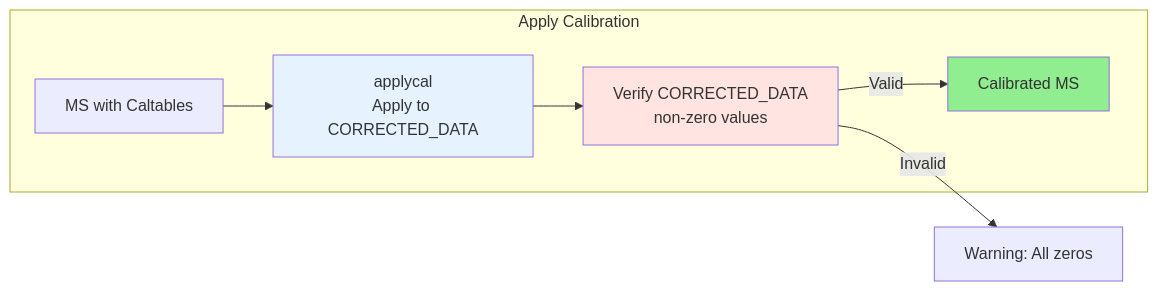
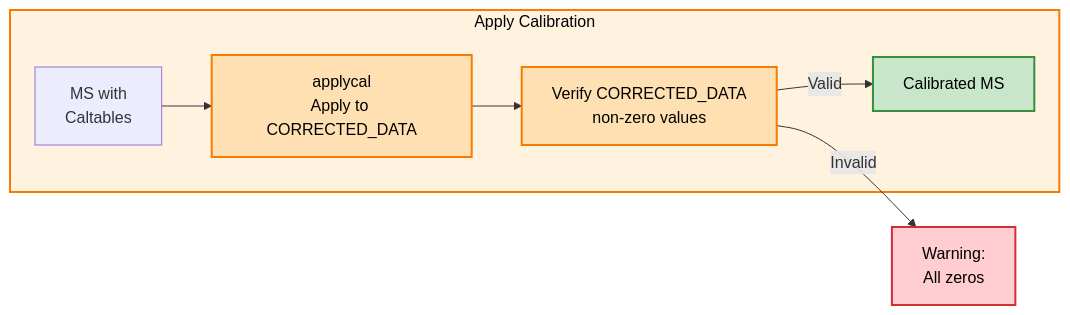
One commit to dsa110/dsa110-contimg changed the fifth of 12 diagrams in docs/concepts/pipeline_workflow_visualization.md. Above: the diagram before and after it, drawn with Mermaid. The commit also changed other lines of this file and 423 other files, not shown here.

````diff
--- a/docs/concepts/pipeline_workflow_visualization.md
+++ b/docs/concepts/pipeline_workflow_visualization.md
@@ -339,18 +321,20 @@
 ```mermaid
 flowchart LR
-    subgraph APPLY_DETAIL["Apply Calibration"]
-        MSIn[MS with Caltables]
-        Apply[applycal<br/>Apply to CORRECTED_DATA]
-        Verify[Verify CORRECTED_DATA<br/>non-zero values]
-        MSOut[Calibrated MS]
-    end
-    
-    MSIn --> Apply
-    Apply --> Verify
-    Verify -->|Valid| MSOut
-    Verify -->|Invalid| Warn[Warning: All zeros]
-    
-    style Apply fill:#E6F3FF
-    style Verify fill:#FFE4E1
-    style MSOut fill:#90EE90
+ subgraph APPLY_DETAIL["Apply Calibration"]
+ MSIn["MS with<br/>Caltables"]
+ Apply["applycal<br/>Apply to CORRECTED_DATA"]
+ Verify["Verify CORRECTED_DATA<br/>non-zero values"]
+ MSOut["Calibrated MS"]
+ end
+ 
+ MSIn --> Apply
+ Apply --> Verify
+ Verify -->|Valid| MSOut
+ Verify -->|Invalid| Warn["Warning:<br/>All zeros"]
+ 
+ style APPLY_DETAIL fill:#FFF3E0,stroke:#F57C00,stroke-width:2px,color:#000
+ style Apply fill:#FFE0B2,stroke:#F57C00,stroke-width:2px,color:#000
+ style Verify fill:#FFE0B2,stroke:#F57C00,stroke-width:2px,color:#000
+ style MSOut fill:#C8E6C9,stroke:#388E3C,stroke-width:2px,color:#000
+ style Warn fill:#FFCDD2,stroke:#D32F2F,stroke-width:2px,color:#000
 ```
````
